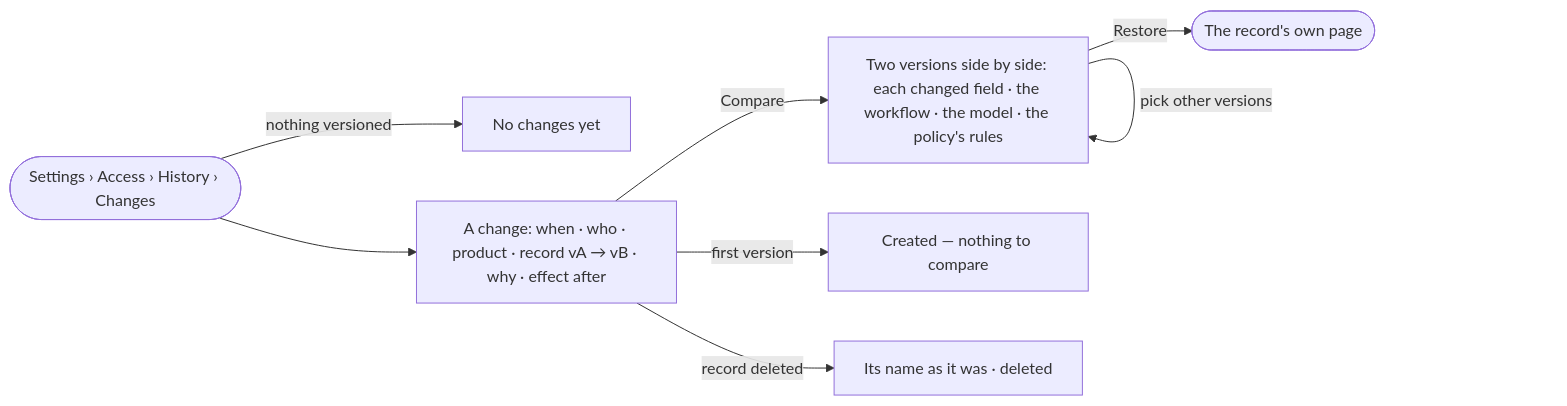
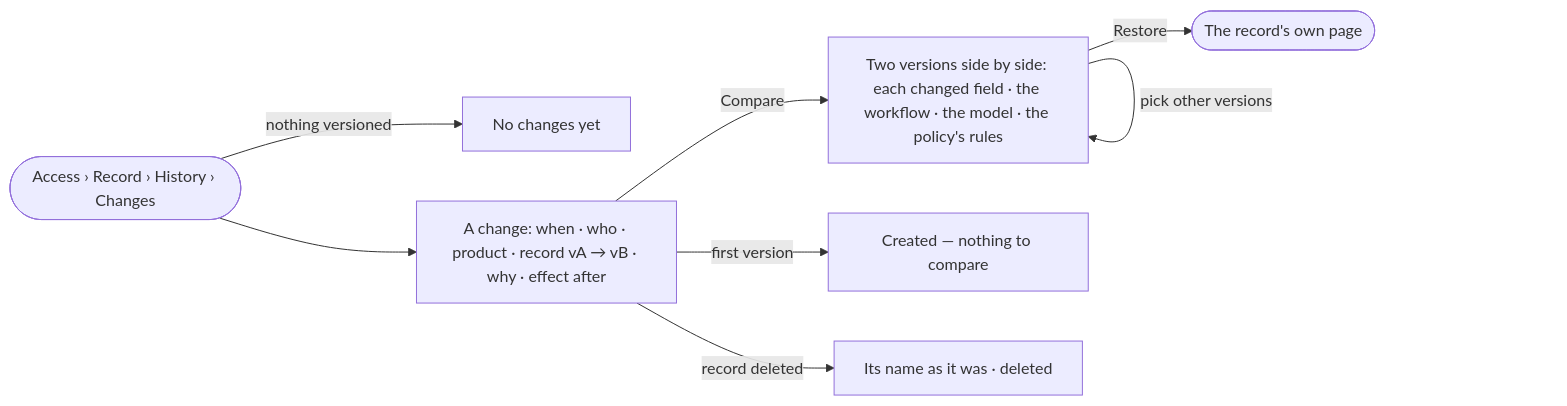
The diagram in specs/os/access/features/AC-F06-history/stories/AC-17-see-every-change-and-compare-two-versions/story.md (invana/invana), drawn with Mermaid before and after one commit. The commit also changed 133 other files, not shown here.

````diff
--- a/specs/os/access/features/AC-F06-history/stories/AC-17-see-every-change-and-compare-two-versions/story.md
+++ b/specs/os/access/features/AC-F06-history/stories/AC-17-see-every-change-and-compare-two-versions/story.md
@@ -27,10 +27,10 @@
 ```mermaid
 flowchart LR
-  s([Settings › Access › History › Changes]) -->|nothing versioned| e["No changes yet"]
+  s([Access › Record › History › Changes]) -->|nothing versioned| e["No changes yet"]
   s --> c["A change: when · who · product · record vA → vB · why · effect after"]
   c -->|Compare| cmp["Two versions side by side: each changed field · the workflow · the model · the policy's rules"]
   cmp -->|pick other versions| cmp
   c -->|first version| one["Created — nothing to compare"]
   c -->|record deleted| del["Its name as it was · deleted"]
   cmp -->|Restore| own(["The record's own page"])
 ```
````
